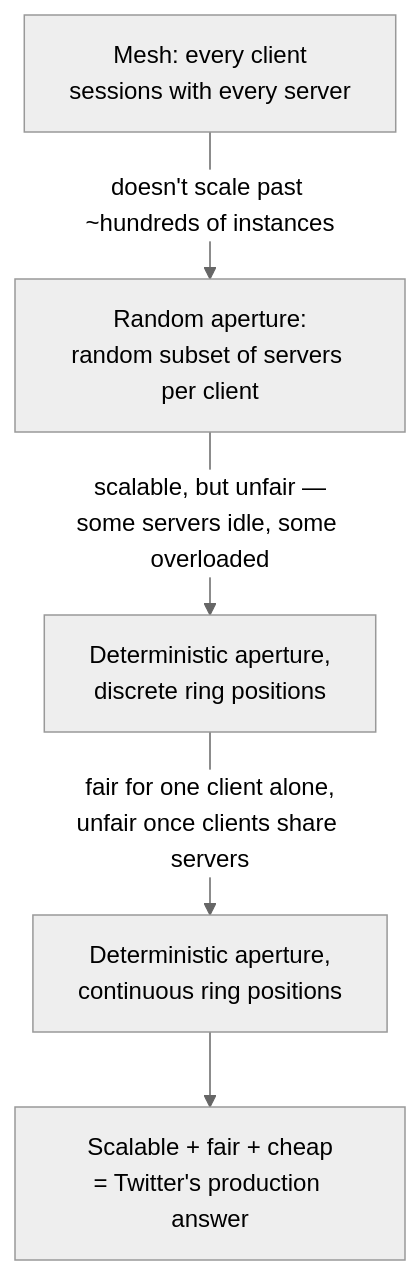
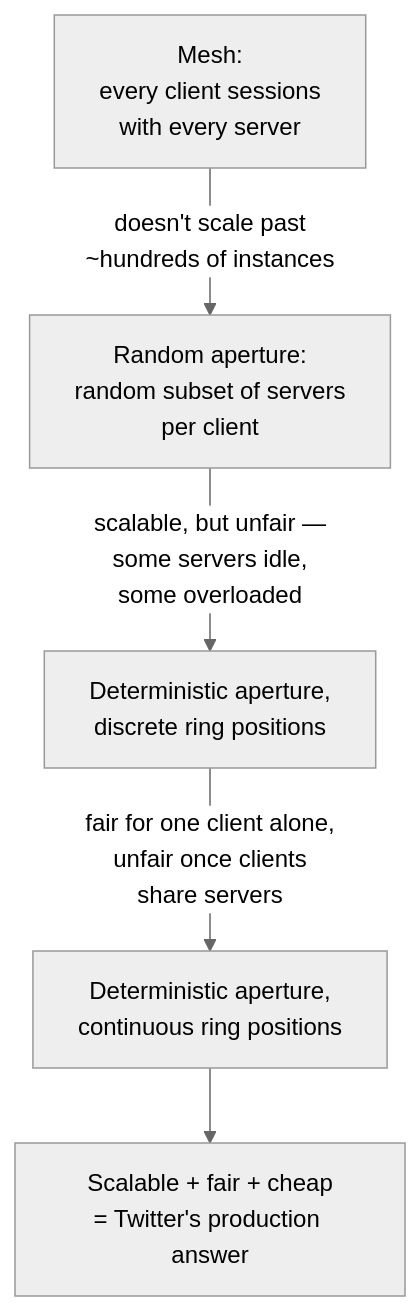
Diagram 13 of 16 in system-design/HLD/0-course/31-Design Twitter-FAANG-Guide-story.md (riyaz-pasha/Learnings), drawn with Mermaid (neutral theme) before and after one commit. The commit also changed other lines of this file and 1 other file, not shown here.

Commit message:
[REWRITE] Design Twitter story guide: simplify prose, add structure, fix diagrams

````diff
--- a/system-design/HLD/0-course/31-Design Twitter-FAANG-Guide-story.md
+++ b/system-design/HLD/0-course/31-Design Twitter-FAANG-Guide-story.md
@@ -307,7 +574,7 @@
 ```mermaid
 flowchart TD
-    M["Mesh: every client\nsessions with every server"] -->|"doesn't scale past ~hundreds of instances"| RA["Random aperture:\nrandom subset of servers per client"]
-    RA -->|"scalable, but unfair —\nsome servers idle, some overloaded"| DAd["Deterministic aperture,\ndiscrete ring positions"]
-    DAd -->|"fair for one client alone,\nunfair once clients share servers"| DAc["Deterministic aperture,\ncontinuous ring positions"]
-    DAc --> FINAL["Scalable + fair + cheap\n= Twitter's production answer"]
+    M["Mesh:<br/>every client sessions<br/>with every server"] -->|"doesn't scale past<br/>~hundreds of instances"| RA["Random aperture:<br/>random subset of servers<br/>per client"]
+    RA -->|"scalable, but unfair —<br/>some servers idle,<br/>some overloaded"| DAd["Deterministic aperture,<br/>discrete ring positions"]
+    DAd -->|"fair for one client alone,<br/>unfair once clients<br/>share servers"| DAc["Deterministic aperture,<br/>continuous ring positions"]
+    DAc --> FINAL["Scalable + fair + cheap<br/>= Twitter's production answer"]
 ```
````
